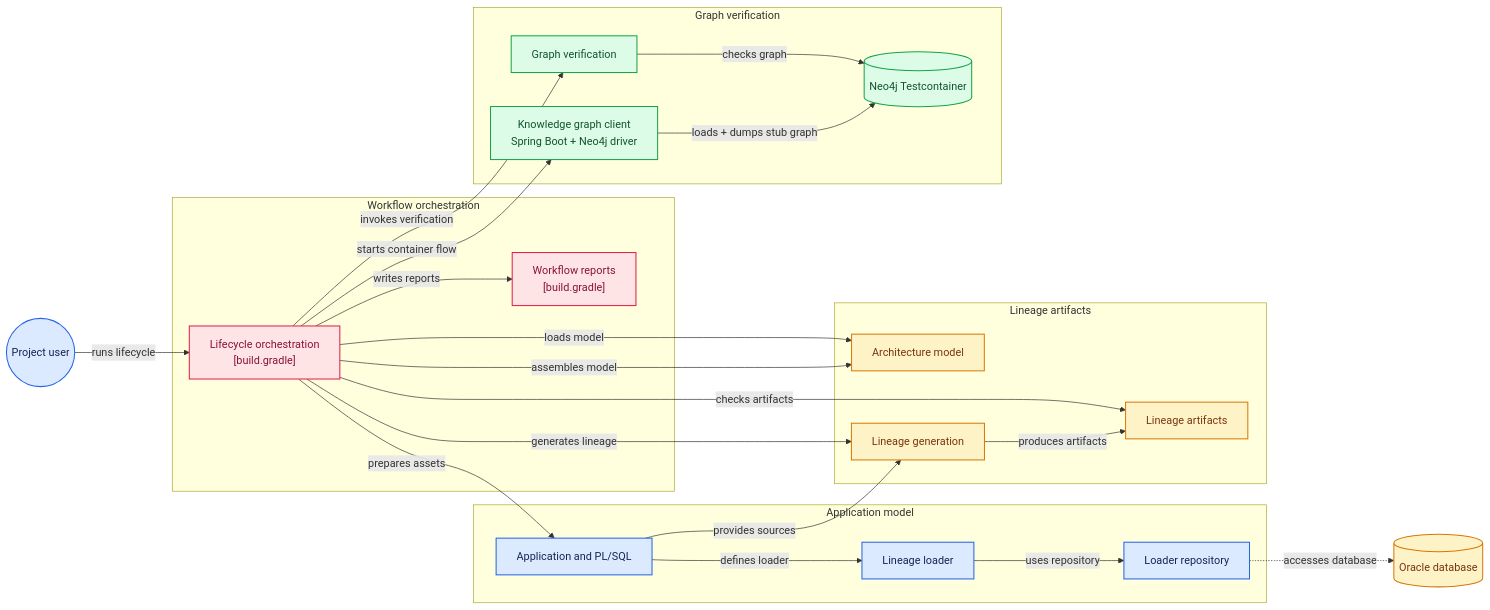
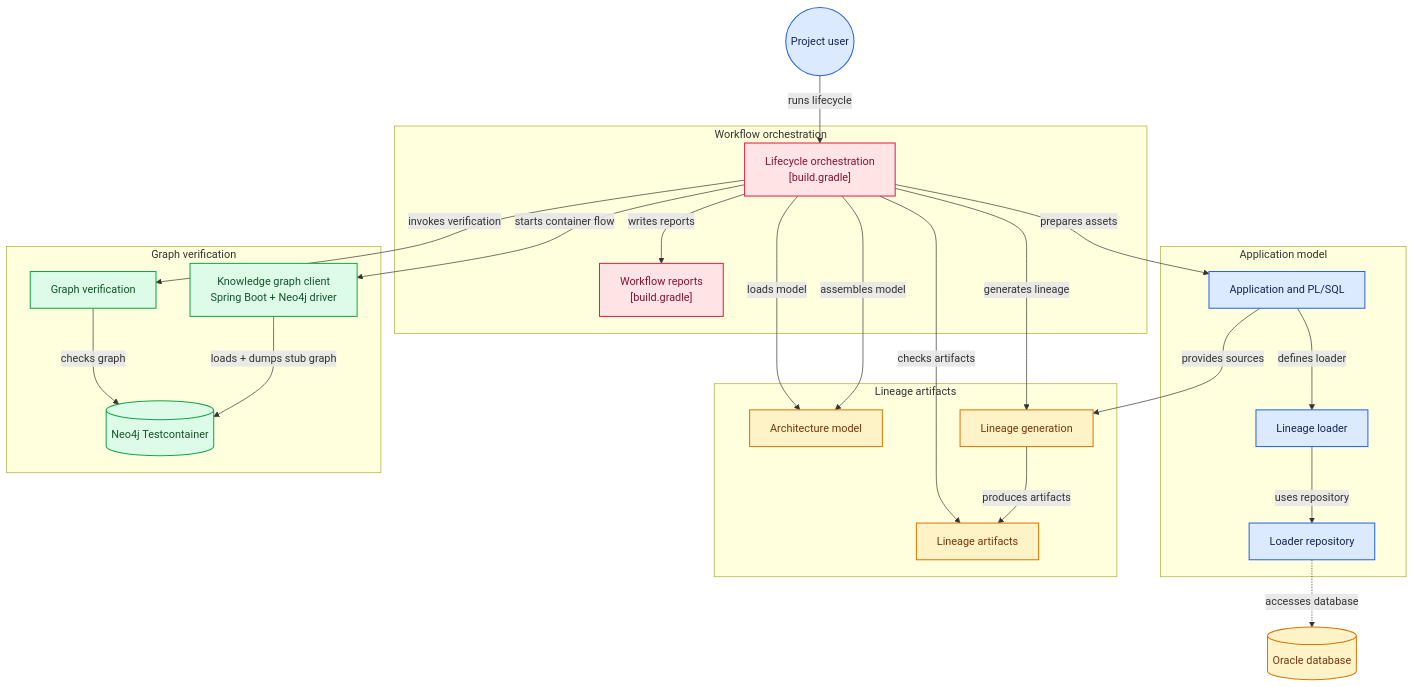
Before and after one commit to jurgenei/example-lineage-plsql: the diagram in ARCHITECTURE.md, drawn with Mermaid.

````diff
--- a/ARCHITECTURE.md
+++ b/ARCHITECTURE.md
@@ -3,70 +3,70 @@
 ```mermaid
-flowchart LR
+flowchart TB
 
 subgraph group_app["Application model"]
   node_appmodel["Application and PL/SQL"]
   node_loader["Lineage loader"]
   node_loaderrepo["Loader repository"]
 end
 
 subgraph group_lineage["Lineage artifacts"]
   node_architecture["Architecture model"]
   node_lineagegen["Lineage generation"]
   node_lineageout["Lineage artifacts"]
 end
 
 subgraph group_graph["Graph verification"]
   node_graphclient["Knowledge graph client<br/>Spring Boot + Neo4j driver"]
   node_graphcontainer[("Neo4j Testcontainer")]
   node_verify["Graph verification"]
 end
 
 subgraph group_orchestration["Workflow orchestration"]
   node_rootflow["Lifecycle orchestration<br/>[build.gradle]"]
   node_reports["Workflow reports<br/>[build.gradle]"]
 end
 
 node_engineer(("Project user"))
 node_oracle[("Oracle database")]
 
 node_engineer -->|"runs lifecycle"| node_rootflow
 node_rootflow -->|"assembles model"| node_architecture
 node_rootflow -->|"prepares assets"| node_appmodel
 node_rootflow -->|"generates lineage"| node_lineagegen
 node_appmodel -->|"provides sources"| node_lineagegen
 node_lineagegen -->|"produces artifacts"| node_lineageout
 node_rootflow -->|"starts container flow"| node_graphclient
 node_rootflow -->|"checks artifacts"| node_lineageout
 node_rootflow -->|"loads model"| node_architecture
 node_rootflow -->|"invokes verification"| node_verify
 node_graphclient -->|"loads + dumps stub graph"| node_graphcontainer
 node_verify -->|"checks graph"| node_graphcontainer
 node_rootflow -->|"writes reports"| node_reports
 node_appmodel -->|"defines loader"| node_loader
 node_loader -->|"uses repository"| node_loaderrepo
 node_loaderrepo -.->|"accesses database"| node_oracle
 
 click node_appmodel "https://github.com/jurgenei/example-lineage-plsql/tree/main/2-application/src/main"
 click node_loader "https://github.com/jurgenei/example-lineage-plsql/blob/main/2-application/src/main/java/name/jurgenei/example/lineage/LineageLoaderService.java"
 click node_loaderrepo "https://github.com/jurgenei/example-lineage-plsql/blob/main/2-application/src/main/java/name/jurgenei/example/lineage/LineageLoaderRepository.java"
 click node_architecture "https://github.com/jurgenei/example-lineage-plsql/tree/main/1-architecture/src/main/resources"
 click node_lineagegen "https://github.com/jurgenei/example-lineage-plsql/tree/main/3-lineage/src/main/resources"
 click node_lineageout "https://github.com/jurgenei/example-lineage-plsql/tree/main/3-lineage/src/main/resources"
 click node_graphclient "https://github.com/jurgenei/example-lineage-plsql/tree/main/4-knowledge-graph/src/main/java"
 click node_graphcontainer "https://github.com/jurgenei/example-lineage-plsql/tree/main/4-knowledge-graph/src/main/resources/stub"
 click node_verify "https://github.com/jurgenei/example-lineage-plsql/tree/main/4-knowledge-graph"
 click node_rootflow "https://github.com/jurgenei/example-lineage-plsql/blob/main/build.gradle"
 click node_reports "https://github.com/jurgenei/example-lineage-plsql/blob/main/build.gradle"
 
 classDef toneNeutral fill:#f8fafc,stroke:#334155,stroke-width:1.5px,color:#0f172a
 classDef toneBlue fill:#dbeafe,stroke:#2563eb,stroke-width:1.5px,color:#172554
 classDef toneAmber fill:#fef3c7,stroke:#d97706,stroke-width:1.5px,color:#78350f
 classDef toneMint fill:#dcfce7,stroke:#16a34a,stroke-width:1.5px,color:#14532d
 classDef toneRose fill:#ffe4e6,stroke:#e11d48,stroke-width:1.5px,color:#881337
 classDef toneIndigo fill:#e0e7ff,stroke:#4f46e5,stroke-width:1.5px,color:#312e81
 classDef toneTeal fill:#ccfbf1,stroke:#0f766e,stroke-width:1.5px,color:#134e4a
 class node_appmodel,node_loader,node_loaderrepo,node_engineer toneBlue
 class node_architecture,node_lineagegen,node_lineageout,node_oracle toneAmber
 class node_graphclient,node_graphcontainer,node_verify toneMint
 class node_rootflow,node_reports toneRose
 ```
````
